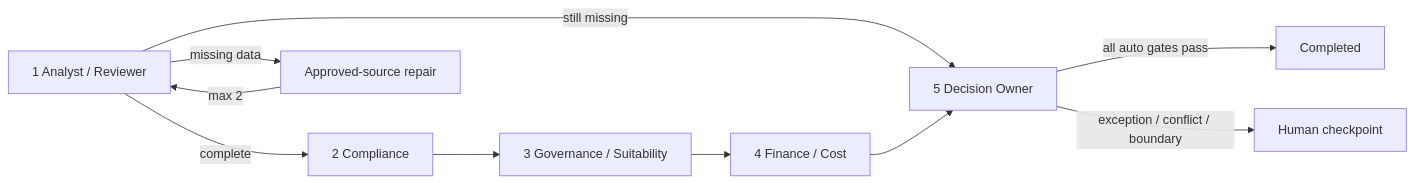
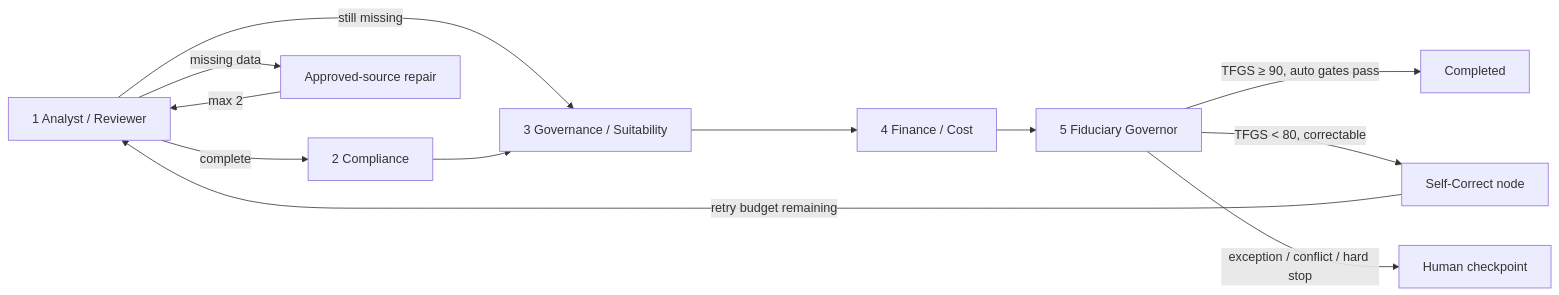
The diagram in README.md (Deep-nayak007/Fiducia-Governed-Five-Agent-Fund-Approval), drawn with Mermaid before and after one commit. The commit also changed other lines of this file, not shown here.

First line of the commit message:
docs: update README with TFGS section, scenario routes/scores, Governor rename

````diff
--- a/README.md
+++ b/README.md
@@ -44,12 +44,14 @@
 ```mermaid
 flowchart LR
     A[1 Analyst / Reviewer] -->|complete| C[2 Compliance]
     A -->|missing data| R[Approved-source repair]
     R -->|max 2| A
-    A -->|still missing| S[5 Decision Owner]
-    C --> G[3 Governance / Suitability]
-    G --> F[4 Finance / Cost]
-    F --> S
-    S -->|all auto gates pass| E[Completed]
-    S -->|exception / conflict / boundary| H[Human checkpoint]
+    A -->|still missing| G2[3 Governance / Suitability]
+    C --> G2
+    G2 --> F[4 Finance / Cost]
+    F --> G[5 Fiduciary Governor]
+    G -->|TFGS ≥ 90, auto gates pass| E[Completed]
+    G -->|TFGS < 80, correctable| SC[Self-Correct node]
+    SC -->|retry budget remaining| A
+    G -->|exception / conflict / hard stop| H[Human checkpoint]
 ```
````
